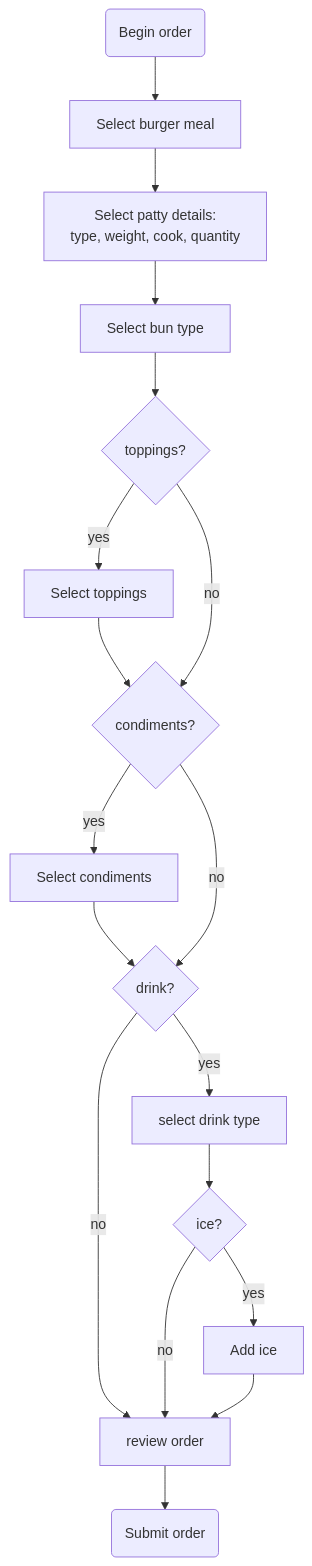
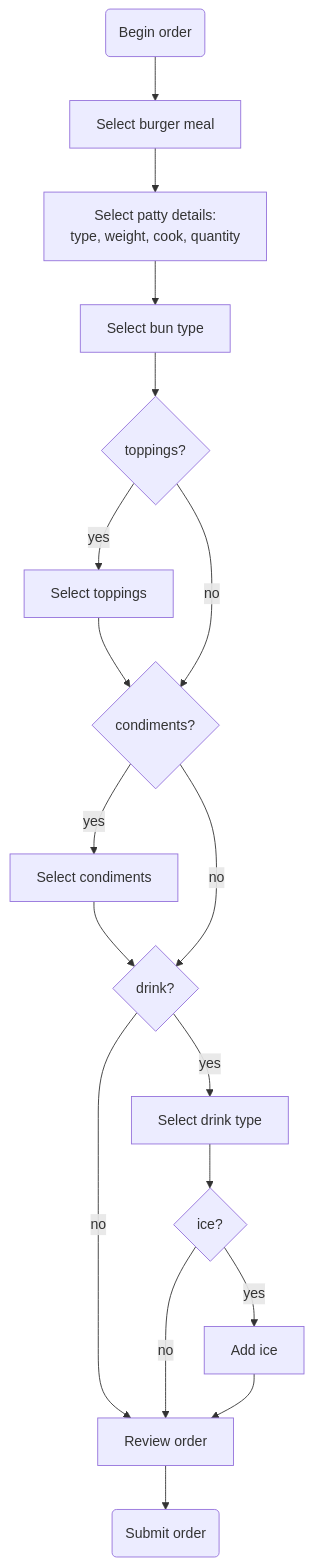
Before and after one commit to yusale9/student-showcase: the diagram in student-work/adam-friedmann/api-final-project/README.md, drawn with Mermaid.

````diff
--- a/student-work/adam-friedmann/api-final-project/README.md
+++ b/student-work/adam-friedmann/api-final-project/README.md
@@ -4,21 +4,21 @@
 ```mermaid
 flowchart TD
 
 A(Begin order) --> B[Select burger meal];
 B --> C[Select patty details:<br> type, weight, cook, quantity];
 C --> D[Select bun type];
 D --> E{toppings?};
 E -- yes -->F[Select toppings];
 F --> G{condiments?};
 E -- no -->G;
 G -- yes --> H[Select condiments];
 H --> I{drink?};
 G -- no --> I;
-I -- yes --> J[select drink type];
-I -- no --> K[review order];
+I -- yes --> J[Select drink type];
+I -- no --> K[Review order];
 J --> L{ice?};
 L -- yes --> M[Add ice];
 L -- no --> K;
 M --> K;
 K --> N(Submit order);
 ```
````
